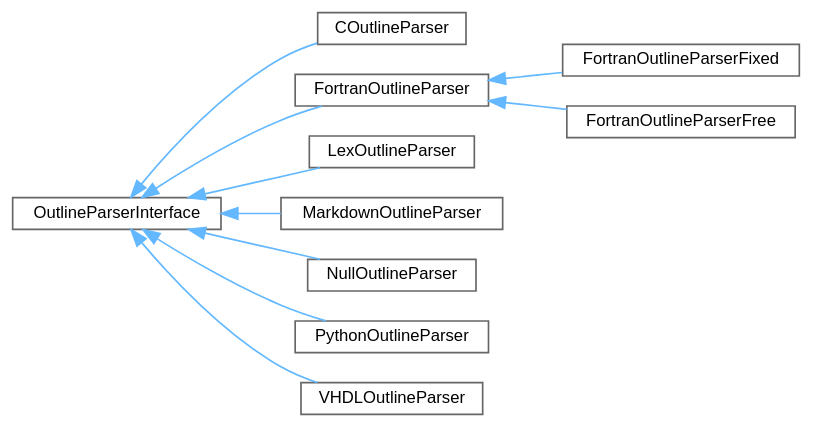
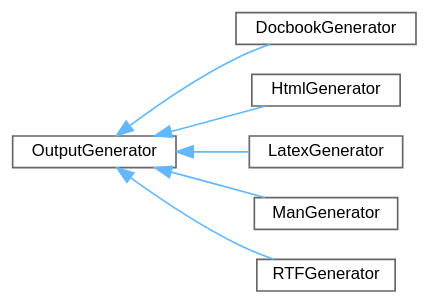
One commit to tim-gromeyer/doxygen changed the diagram in inherit_graph_581.dot. Above: the diagram before and after it, drawn with Graphviz. The commit also changed 3637 other files, not shown here.

```diff
--- a/inherit_graph_581.dot
+++ b/inherit_graph_581.dot
@@ -1,28 +1,20 @@
 digraph "Graphical Class Hierarchy"
 {
  // INTERACTIVE_SVG=YES
  // LATEX_PDF_SIZE
   bgcolor="transparent";
   edge [fontname=Helvetica,fontsize=10,labelfontname=Helvetica,labelfontsize=10];
   node [fontname=Helvetica,fontsize=10,shape=box,height=0.2,width=0.4];
   rankdir="LR";
-  Node0 [label="OutlineParserInterface",height=0.2,width=0.4,color="grey40", fillcolor="white", style="filled",URL="$d5/d79/class_outline_parser_interface.html",tooltip="Abstract interface for outline parsers."];
+  Node0 [label="OutputGenerator",height=0.2,width=0.4,color="grey40", fillcolor="white", style="filled",URL="$d3/d8e/class_output_generator.html",tooltip="Abstract output generator."];
   Node0 -> Node1 [dir="back",color="steelblue1",style="solid"];
-  Node1 [label="COutlineParser",height=0.2,width=0.4,color="grey40", fillcolor="white", style="filled",URL="$df/d21/class_c_outline_parser.html",tooltip="C-like language parser using state-based lexical scanning."];
+  Node1 [label="DocbookGenerator",height=0.2,width=0.4,color="grey40", fillcolor="white", style="filled",URL="$d1/d72/class_docbook_generator.html",tooltip=" "];
   Node0 -> Node2 [dir="back",color="steelblue1",style="solid"];
-  Node2 [label="FortranOutlineParser",height=0.2,width=0.4,color="grey40", fillcolor="white", style="filled",URL="$d9/d34/class_fortran_outline_parser.html",tooltip="Fortran language parser using state-based lexical scanning."];
-  Node2 -> Node3 [dir="back",color="steelblue1",style="solid"];
-  Node3 [label="FortranOutlineParserFixed",height=0.2,width=0.4,color="grey40", fillcolor="white", style="filled",URL="$dd/db2/class_fortran_outline_parser_fixed.html",tooltip=" "];
-  Node2 -> Node4 [dir="back",color="steelblue1",style="solid"];
-  Node4 [label="FortranOutlineParserFree",height=0.2,width=0.4,color="grey40", fillcolor="white", style="filled",URL="$da/d39/class_fortran_outline_parser_free.html",tooltip=" "];
+  Node2 [label="HtmlGenerator",height=0.2,width=0.4,color="grey40", fillcolor="white", style="filled",URL="$d7/d41/class_html_generator.html",tooltip="Generator for HTML output."];
+  Node0 -> Node3 [dir="back",color="steelblue1",style="solid"];
+  Node3 [label="LatexGenerator",height=0.2,width=0.4,color="grey40", fillcolor="white", style="filled",URL="$d3/d77/class_latex_generator.html",tooltip="Generator for LaTeX output."];
+  Node0 -> Node4 [dir="back",color="steelblue1",style="solid"];
+  Node4 [label="ManGenerator",height=0.2,width=0.4,color="grey40", fillcolor="white", style="filled",URL="$de/da5/class_man_generator.html",tooltip="Generator for Man page output."];
   Node0 -> Node5 [dir="back",color="steelblue1",style="solid"];
-  Node5 [label="LexOutlineParser",height=0.2,width=0.4,color="grey40", fillcolor="white", style="filled",URL="$da/d7b/class_lex_outline_parser.html",tooltip="Lex language parser using state-based lexical scanning."];
-  Node0 -> Node6 [dir="back",color="steelblue1",style="solid"];
-  Node6 [label="MarkdownOutlineParser",height=0.2,width=0.4,color="grey40", fillcolor="white", style="filled",URL="$d4/d77/class_markdown_outline_parser.html",tooltip=" "];
-  Node0 -> Node7 [dir="back",color="steelblue1",style="solid"];
-  Node7 [label="NullOutlineParser",height=0.2,width=0.4,color="grey40", fillcolor="white", style="filled",URL="$df/dc2/class_null_outline_parser.html",tooltip="/dev/null outline parser"];
-  Node0 -> Node8 [dir="back",color="steelblue1",style="solid"];
-  Node8 [label="PythonOutlineParser",height=0.2,width=0.4,color="grey40", fillcolor="white", style="filled",URL="$dd/d49/class_python_outline_parser.html",tooltip="Python Language parser using state-based lexical scanning."];
-  Node0 -> Node9 [dir="back",color="steelblue1",style="solid"];
-  Node9 [label="VHDLOutlineParser",height=0.2,width=0.4,color="grey40", fillcolor="white", style="filled",URL="$df/d4b/class_v_h_d_l_outline_parser.html",tooltip="VHDL parser using state-based lexical scanning."];
+  Node5 [label="RTFGenerator",height=0.2,width=0.4,color="grey40", fillcolor="white", style="filled",URL="$d0/da4/class_r_t_f_generator.html",tooltip="Generator for RTF output."];
 }
```
